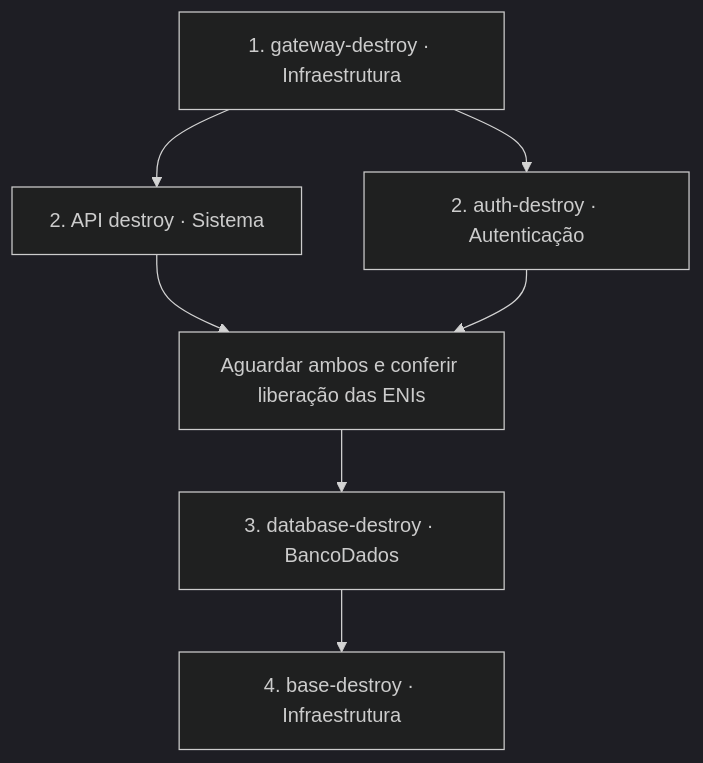
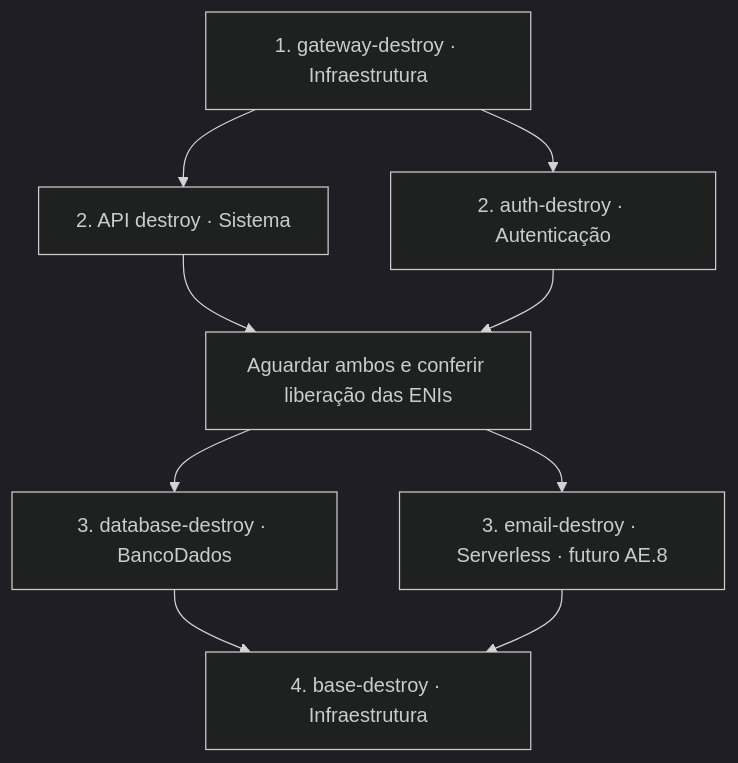
One commit to pknfelps/GerenciamentoMecanicaSistema changed the diagram in docs/DESTRUICAO_AMBIENTE.md. Above: the diagram before and after it, drawn with Mermaid (dark theme). The commit also changed other lines of this file and 78 other files, not shown here.

````diff
--- a/docs/DESTRUICAO_AMBIENTE.md
+++ b/docs/DESTRUICAO_AMBIENTE.md
@@ -7,9 +7,11 @@
 ```mermaid
 flowchart TD
     G["1. gateway-destroy · Infraestrutura"] --> A["2. API destroy · Sistema"]
     G --> L["2. auth-destroy · Autenticação"]
     A --> E["Aguardar ambos e conferir liberação das ENIs"]
     L --> E
     E --> D["3. database-destroy · BancoDados"]
+    E --> M["3. email-destroy · Serverless · futuro AE.8"]
     D --> B["4. base-destroy · Infraestrutura"]
+    M --> B
 ```
````
